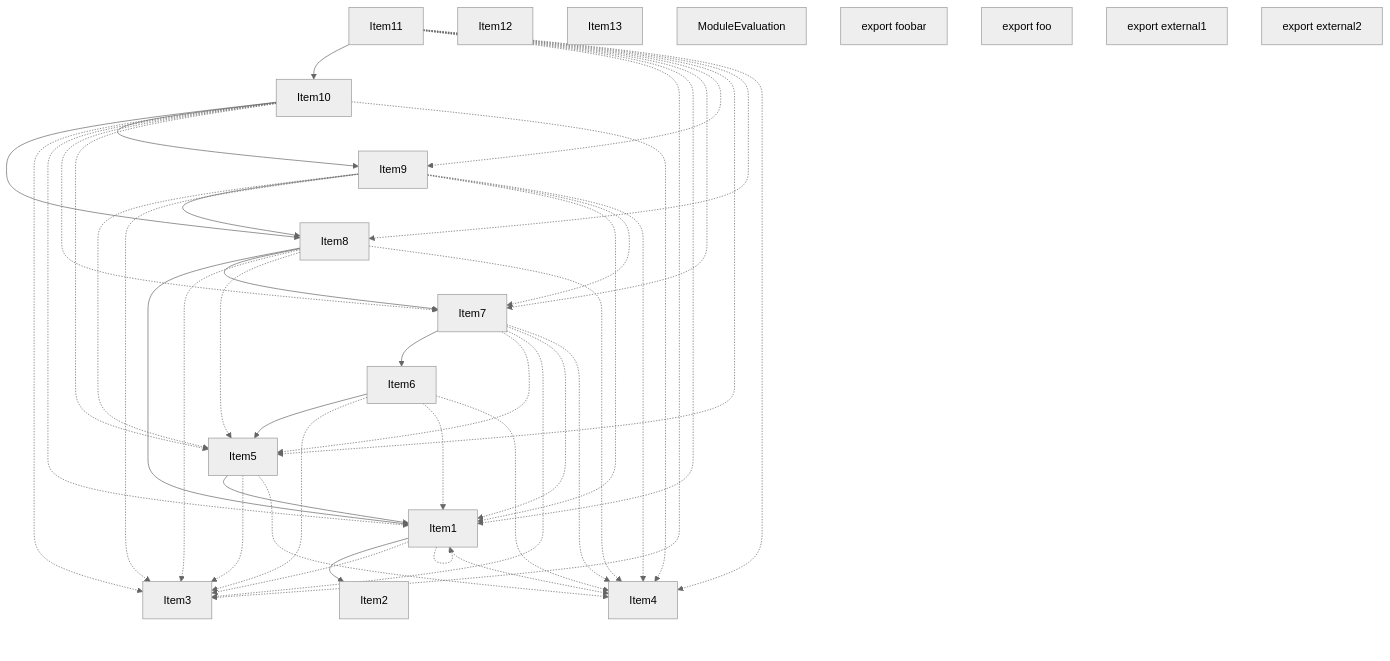
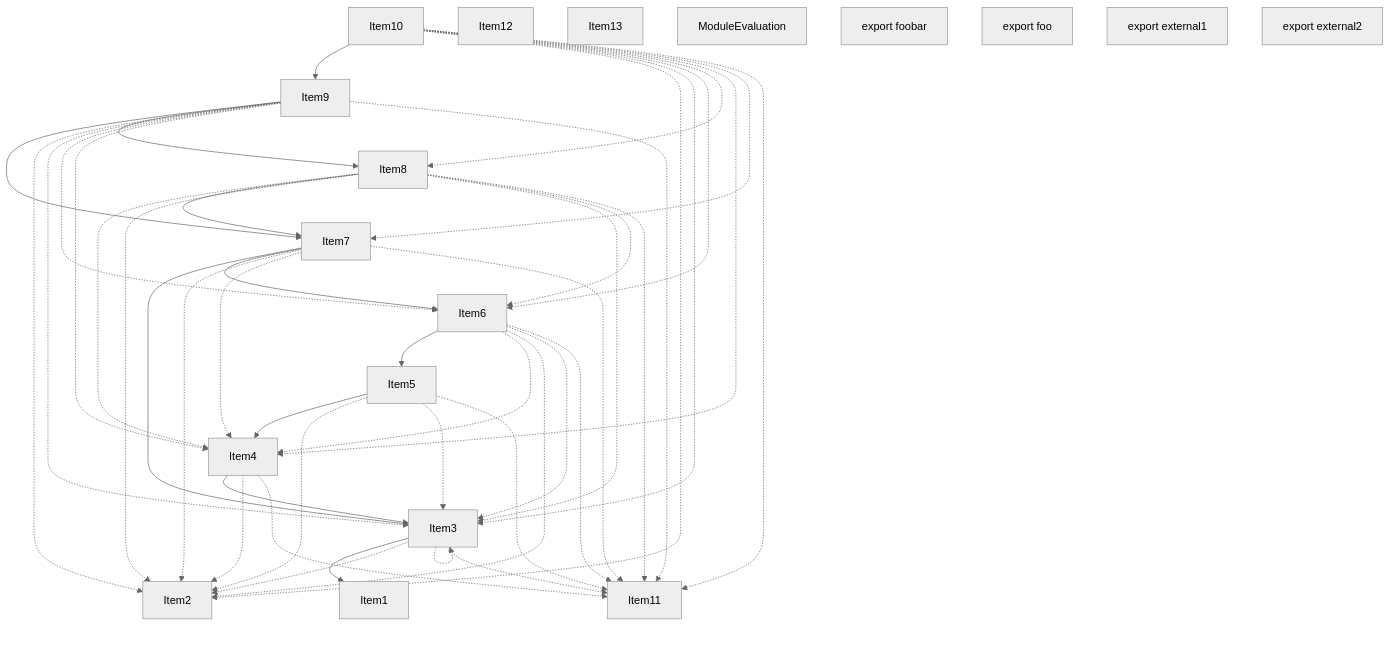
Before and after one commit to vercel/turborepo: the second of 4 diagrams in crates/turbopack-ecmascript/tests/tree-shaker/analyzer/1/output.md, drawn with Mermaid (neutral theme). The commit also changed other lines of this file and 3 other files, not shown here.

````diff
--- a/crates/turbopack-ecmascript/tests/tree-shaker/analyzer/1/output.md
+++ b/crates/turbopack-ecmascript/tests/tree-shaker/analyzer/1/output.md
@@ -169,68 +169,68 @@
 ```mermaid
 graph TD
     Item1;
     Item2;
     Item3;
     Item4;
     Item5;
     Item6;
     Item7;
     Item8;
     Item9;
     Item10;
     Item11;
     Item12;
     Item13;
     Item14;
     Item14["ModuleEvaluation"];
     Item15;
     Item15["export foobar"];
     Item16;
     Item16["export foo"];
     Item17;
     Item17["export external1"];
     Item18;
     Item18["export external2"];
-    Item1 --> Item2;
-    Item1 -.-> Item3;
-    Item1 -.-> Item1;
-    Item1 -.-> Item4;
-    Item5 --> Item1;
+    Item3 --> Item1;
+    Item3 -.-> Item2;
+    Item3 -.-> Item3;
+    Item3 -.-> Item11;
+    Item4 --> Item3;
+    Item4 -.-> Item2;
+    Item4 -.-> Item11;
+    Item5 --> Item4;
+    Item5 -.-> Item2;
     Item5 -.-> Item3;
-    Item5 -.-> Item4;
+    Item5 -.-> Item11;
     Item6 --> Item5;
+    Item6 -.-> Item4;
+    Item6 -.-> Item2;
     Item6 -.-> Item3;
-    Item6 -.-> Item1;
-    Item6 -.-> Item4;
+    Item6 -.-> Item11;
+    Item7 --> Item3;
     Item7 --> Item6;
-    Item7 -.-> Item5;
-    Item7 -.-> Item3;
-    Item7 -.-> Item1;
+    Item7 -.-> Item2;
     Item7 -.-> Item4;
-    Item8 --> Item1;
+    Item7 -.-> Item11;
+    Item8 -.-> Item4;
     Item8 --> Item7;
+    Item8 -.-> Item2;
     Item8 -.-> Item3;
-    Item8 -.-> Item5;
-    Item8 -.-> Item4;
-    Item9 -.-> Item5;
+    Item8 -.-> Item6;
+    Item8 -.-> Item11;
+    Item9 --> Item7;
     Item9 --> Item8;
+    Item9 -.-> Item2;
     Item9 -.-> Item3;
-    Item9 -.-> Item1;
-    Item9 -.-> Item7;
+    Item9 -.-> Item6;
     Item9 -.-> Item4;
-    Item10 --> Item8;
+    Item9 -.-> Item11;
     Item10 --> Item9;
+    Item10 -.-> Item2;
     Item10 -.-> Item3;
-    Item10 -.-> Item1;
+    Item10 -.-> Item6;
+    Item10 -.-> Item8;
+    Item10 -.-> Item4;
     Item10 -.-> Item7;
-    Item10 -.-> Item5;
-    Item10 -.-> Item4;
-    Item11 --> Item10;
-    Item11 -.-> Item3;
-    Item11 -.-> Item1;
-    Item11 -.-> Item7;
-    Item11 -.-> Item9;
-    Item11 -.-> Item5;
-    Item11 -.-> Item8;
-    Item11 -.-> Item4;
+    Item10 -.-> Item11;
 ```
````
